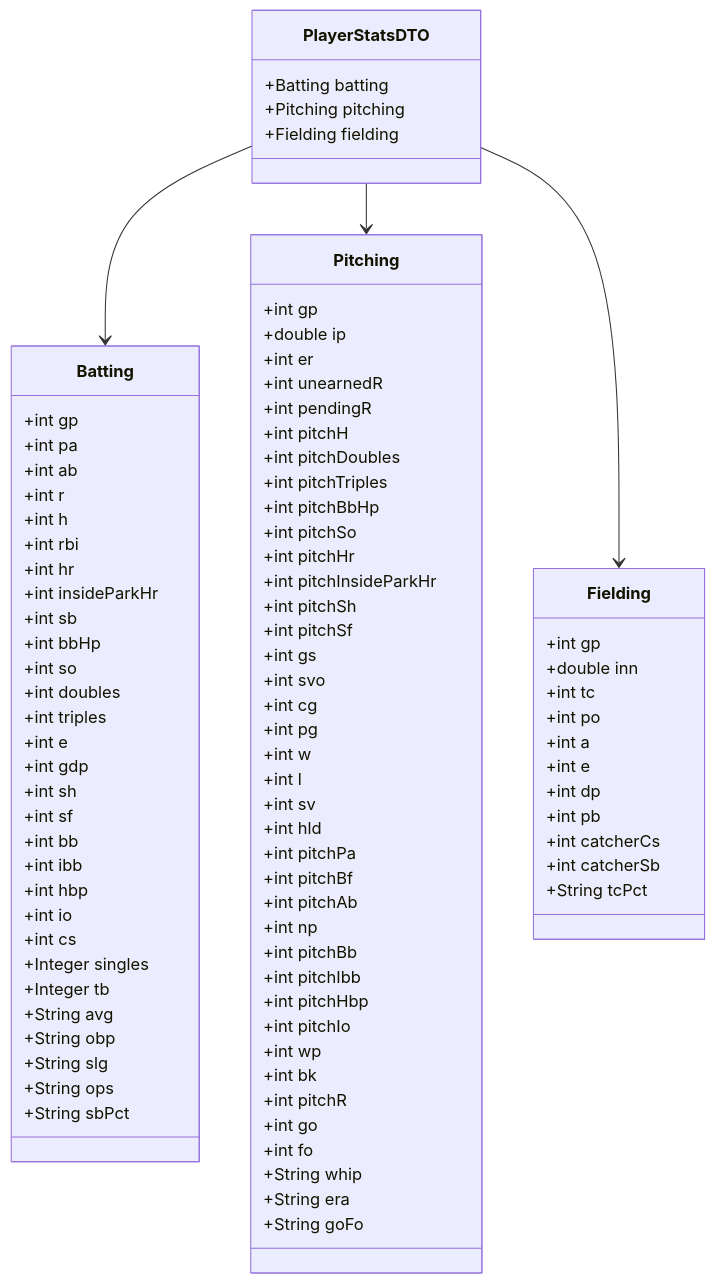
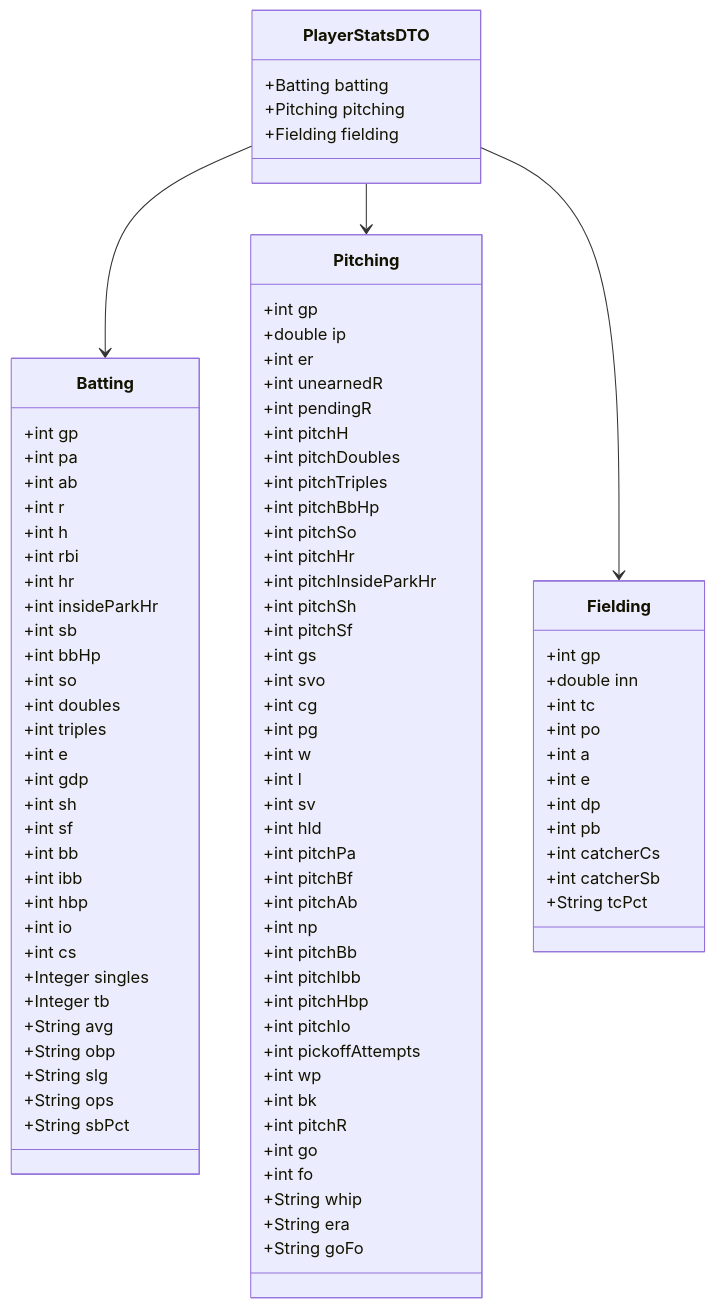
One commit to skvan/bsdone changed the fifth of 6 diagrams in docs/tech/数据模型设计/统计实体.md. Above: the diagram before and after it, drawn with Mermaid. The commit also changed other lines of this file and 36 other files, not shown here.

First line of the commit message:
feat: 记录投手牵制企图并补记牵制出局助杀 (#668)

```diff
--- a/docs/tech/数据模型设计/统计实体.md
+++ b/docs/tech/数据模型设计/统计实体.md
@@ -491,6 +492,7 @@
 +int pitchIbb
 +int pitchHbp
 +int pitchIo
++int pickoffAttempts
 +int wp
 +int bk
 +int pitchR
```
